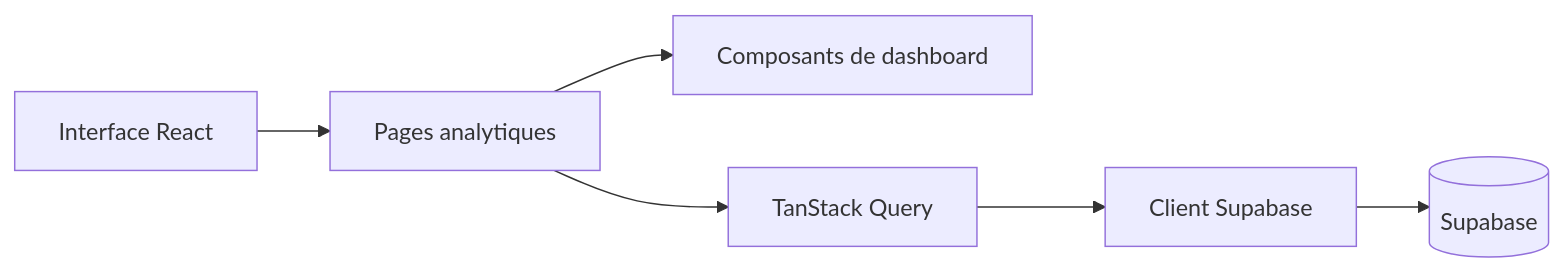
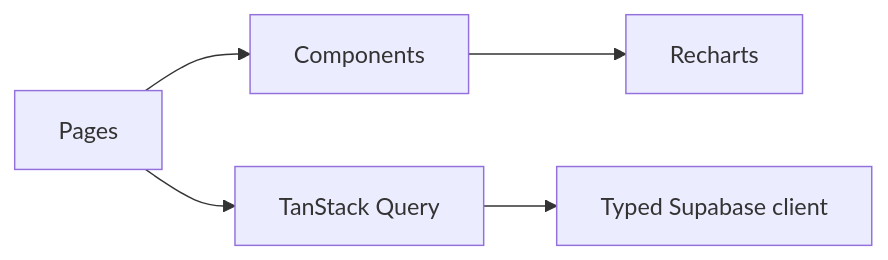
The diagram in README.md (KhaledZouari/sales-analytics-dashboard), drawn with Mermaid before and after one commit. The commit also changed other lines of this file, not shown here.

````diff
--- a/README.md
+++ b/README.md
@@ -26,8 +23,7 @@
 ```mermaid
 flowchart LR
-    Browser[Interface React] --> Pages[Pages analytiques]
-    Pages --> Components[Composants de dashboard]
-    Pages --> Query[TanStack Query]
-    Query --> Client[Client Supabase]
-    Client --> Database[(Supabase)]
+    Pages --> Components
+    Pages --> Queries[TanStack Query]
+    Queries --> Client[Typed Supabase client]
+    Components --> Charts[Recharts]
 ```
````
